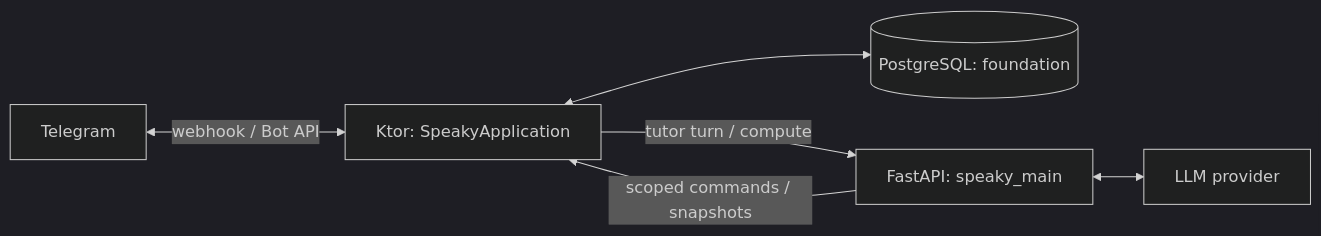
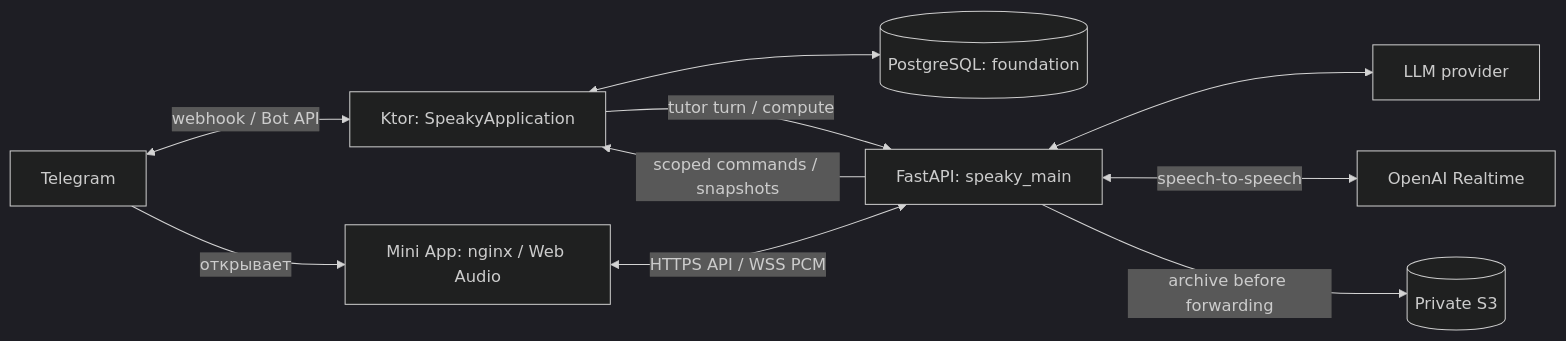
One commit to greenblat17/1billion-dollar-startup changed the diagram in architecture.md. Above: the diagram before and after it, drawn with Mermaid (dark theme). The commit also changed other lines of this file and 29 other files, not shown here.

````diff
--- a/architecture.md
+++ b/architecture.md
@@ -10,8 +10,12 @@
 ```mermaid
 flowchart LR
   tg[Telegram] <-->|webhook / Bot API| ktor[Ktor: SpeakyApplication]
   ktor <--> pg[(PostgreSQL: foundation)]
   ktor -->|tutor turn / compute| ai[FastAPI: speaky_main]
   ai -->|scoped commands / snapshots| ktor
   ai <--> llm[LLM provider]
+  tg -->|открывает| mini[Mini App: nginx / Web Audio]
+  mini <-->|HTTPS API / WSS PCM| ai
+  ai <-->|speech-to-speech| rt[OpenAI Realtime]
+  ai -->|archive before forwarding| s3[(Private S3)]
 ```
````
